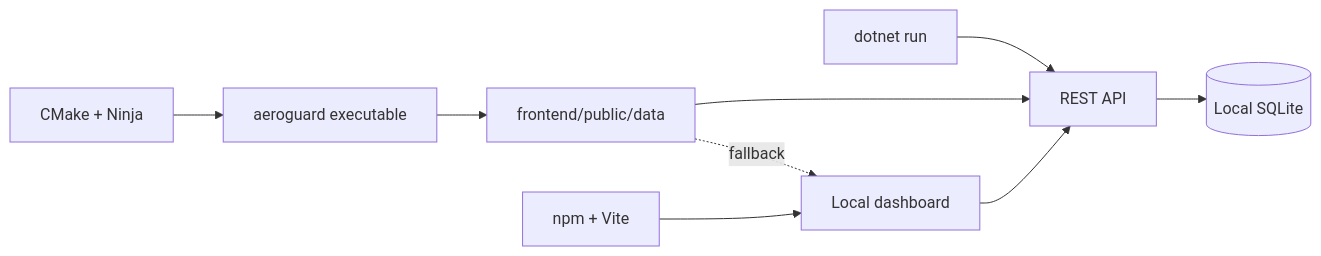
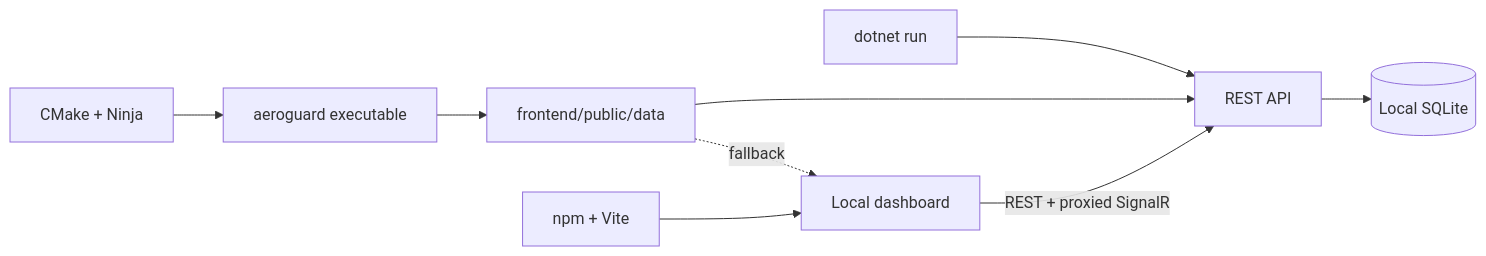
One commit to dzikidziklasrwie/AeroGuard changed the seventh of 7 diagrams in docs/architecture.md. Above: the diagram before and after it, drawn with Mermaid. The commit also changed other lines of this file and 18 other files, not shown here.

````diff
--- a/docs/architecture.md
+++ b/docs/architecture.md
@@ -261,11 +326,11 @@
 ```mermaid
 flowchart LR
     CMake[CMake + Ninja] --> Binary[aeroguard executable]
     Binary --> Data[frontend/public/data]
     Dotnet[dotnet run] --> API[REST API]
     Data --> API
     API --> SQLite[(Local SQLite)]
     NPM[npm + Vite] --> Browser[Local dashboard]
-    Browser --> API
+    Browser -->|REST + proxied SignalR| API
     Data -. fallback .-> Browser
 ```
````
